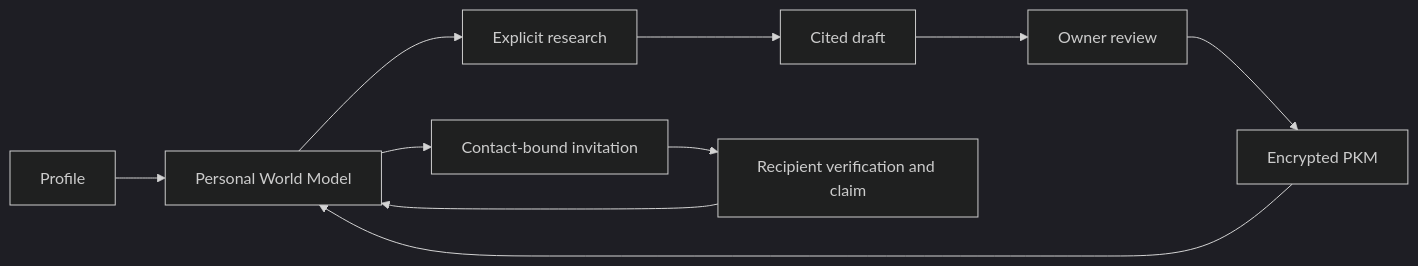
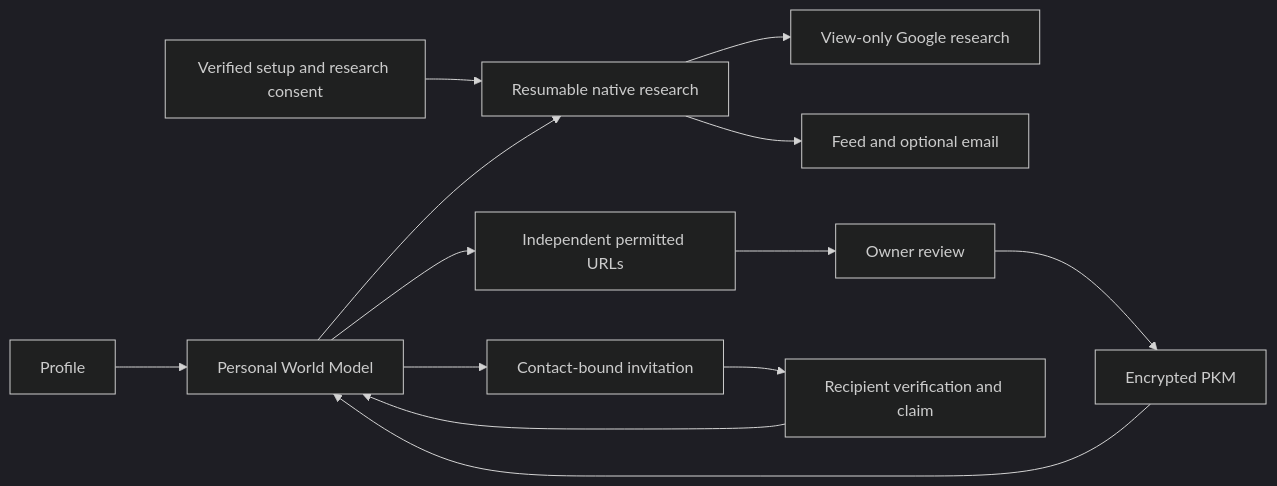
Before and after one commit to hushh-labs/hushh-research: the diagram in docs/reference/one/personal-world-model.md, drawn with Mermaid (dark theme). The commit also changed other lines of this file and 88 other files, not shown here.

Commit message:
feat(one): prepare PWM through native Vertex research and verified previews

````diff
--- a/docs/reference/one/personal-world-model.md
+++ b/docs/reference/one/personal-world-model.md
@@ -7,12 +7,15 @@
 ```mermaid
 flowchart LR
   Profile --> PWM[Personal World Model]
-  PWM --> Build[Explicit research]
-  Build --> Draft[Cited draft]
-  Draft --> Review[Owner review]
+  Setup[Verified setup and research consent] --> Build[Resumable native research]
+  PWM --> Build
+  Build --> Draft[View-only Google research]
+  Build --> Feed[Feed and optional email]
+  PWM --> Sources[Independent permitted URLs]
+  Sources --> Review[Owner review]
   Review --> PKM[Encrypted PKM]
   PKM --> PWM
   PWM --> Invite[Contact-bound invitation]
   Invite --> Claim[Recipient verification and claim]
   Claim --> PWM
 ```
````
